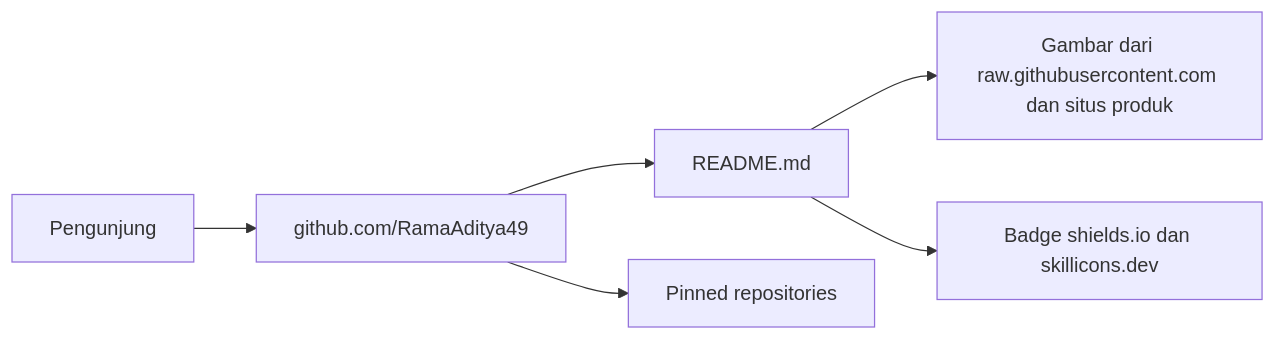
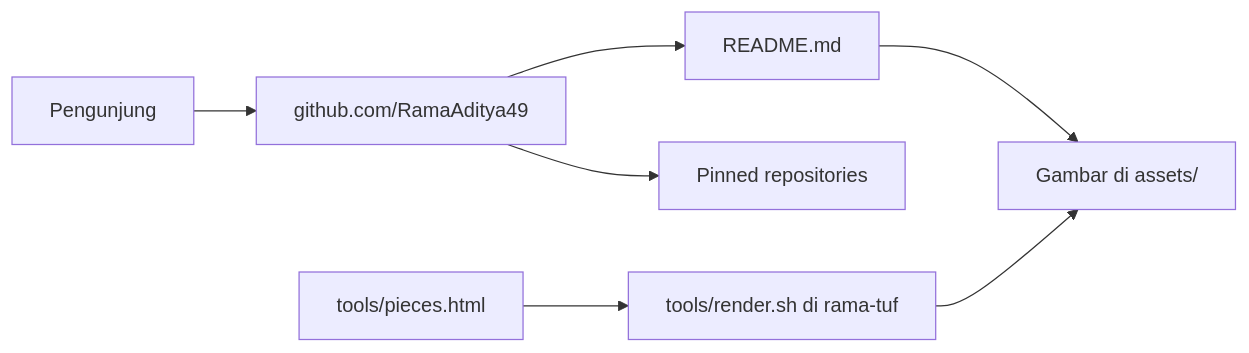
The diagram in internal/docs/blueprint.md (RamaAditya49/RamaAditya49), drawn with Mermaid before and after one commit. The commit also changed other lines of this file and 27 other files, not shown here.

````diff
--- a/internal/docs/blueprint.md
+++ b/internal/docs/blueprint.md
@@ -25,8 +25,8 @@
 ```mermaid
 flowchart LR
   visitor[Pengunjung] --> profile[github.com/RamaAditya49]
   profile --> readme[README.md]
   profile --> pins[Pinned repositories]
-  readme --> img[Gambar dari raw.githubusercontent.com dan situs produk]
-  readme --> badges[Badge shields.io dan skillicons.dev]
+  readme --> img[Gambar di assets/]
+  src[tools/pieces.html] --> render[tools/render.sh di rama-tuf] --> img
 ```
````
